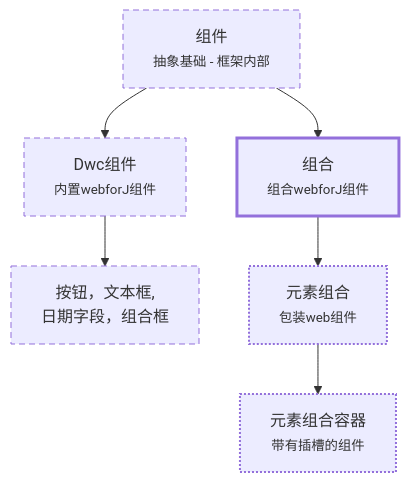
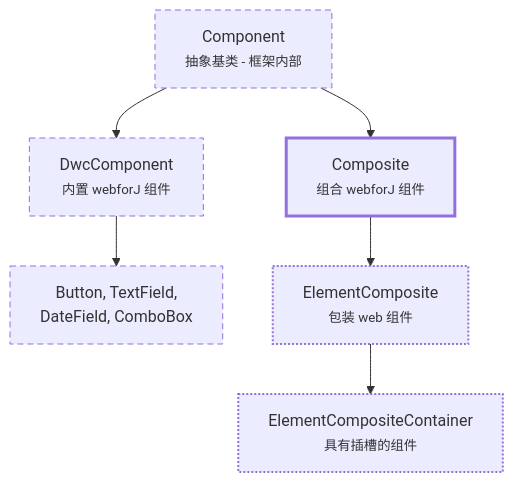
The diagram in docs/i18n/zh/docusaurus-plugin-content-docs/current/building-ui/component-fundamentals.md (webforj/webforj-documentation), drawn with Mermaid before and after one commit. The commit also changed other lines of this file and 1016 other files, not shown here.

````diff
--- a/docs/i18n/zh/docusaurus-plugin-content-docs/current/building-ui/component-fundamentals.md
+++ b/docs/i18n/zh/docusaurus-plugin-content-docs/current/building-ui/component-fundamentals.md
@@ -52,19 +55,19 @@
 ```mermaid
 graph TD
-  A[组件<br/><small>抽象基础 - 框架内部</small>]
-  
-  A --> B[Dwc组件<br/><small>内置webforJ组件</small>]
-  A --> C[组合<br/><small>组合webforJ组件</small>]
-  
-  B --> E[按钮，文本框,<br/>日期字段，组合框]
-  
-  C --> D[元素组合<br/><small>包装web组件</small>]
-  D --> F[元素组合容器<br/><small>带有插槽的组件</small>]
+  A[Component<br/><small>抽象基类 - 框架内部</small>]
+
+  A --> B[DwcComponent<br/><small>内置 webforJ 组件</small>]
+  A --> C[Composite<br/><small>组合 webforJ 组件</small>]
+
+  B --> E[Button, TextField,<br/>DateField, ComboBox]
+
+  C --> D[ElementComposite<br/><small>包装 web 组件</small>]
+  D --> F[ElementCompositeContainer<br/><small>具有插槽的组件</small>]
 
   classDef internal stroke-dasharray:6 4,stroke-width:1px
   classDef primary stroke-width:3px
   classDef secondary stroke-width:2px,stroke-dasharray:2 2
   class A,B,E internal
   class C primary
   class D,F secondary
 ```
````
